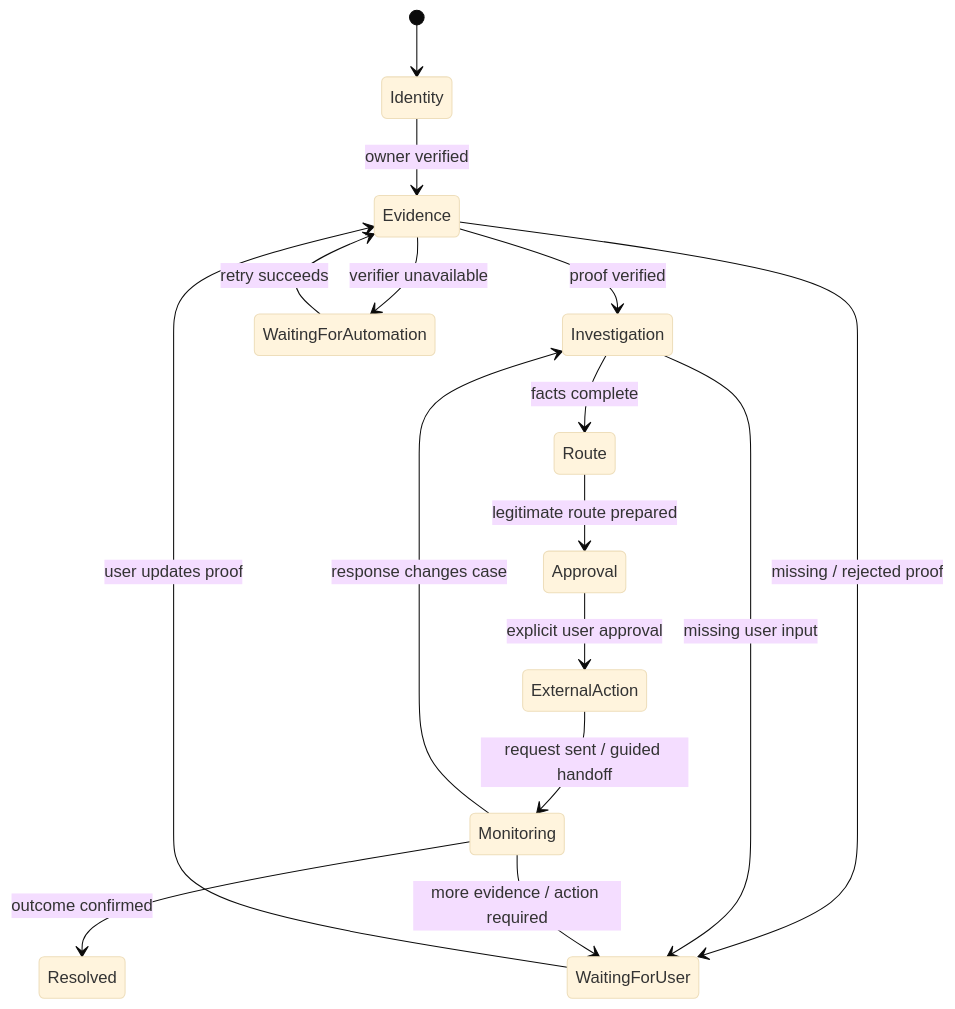
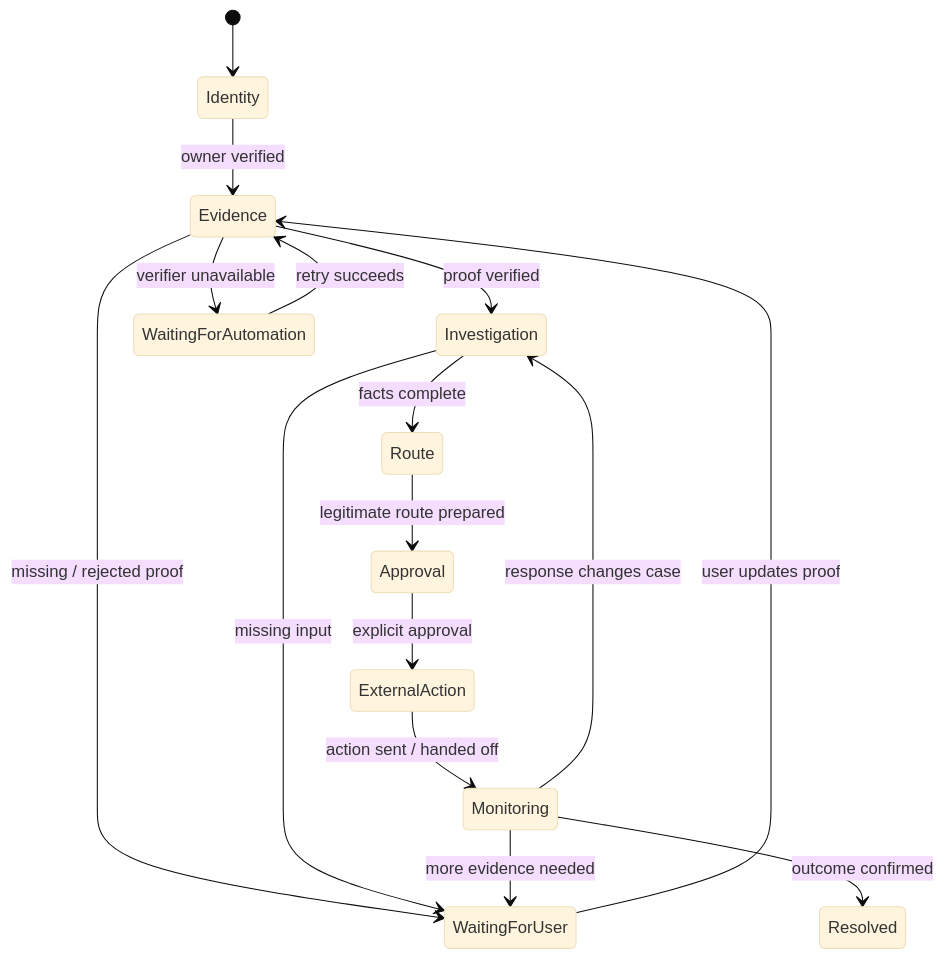
One commit to Prakash-codeMaker/RecoverIT changed the first of 2 diagrams in README.md. Above: the diagram before and after it, drawn with Mermaid (base theme). The commit also changed other lines of this file and 3 other files, not shown here.

````diff
--- a/README.md
+++ b/README.md
@@ -173,18 +164,18 @@
 ```mermaid
 stateDiagram-v2
     [*] --> Identity
     Identity --> Evidence: owner verified
     Evidence --> Investigation: proof verified
     Evidence --> WaitingForUser: missing / rejected proof
     Evidence --> WaitingForAutomation: verifier unavailable
     WaitingForUser --> Evidence: user updates proof
     WaitingForAutomation --> Evidence: retry succeeds
     Investigation --> Route: facts complete
-    Investigation --> WaitingForUser: missing user input
+    Investigation --> WaitingForUser: missing input
     Route --> Approval: legitimate route prepared
-    Approval --> ExternalAction: explicit user approval
-    ExternalAction --> Monitoring: request sent / guided handoff
+    Approval --> ExternalAction: explicit approval
+    ExternalAction --> Monitoring: action sent / handed off
     Monitoring --> Investigation: response changes case
+    Monitoring --> WaitingForUser: more evidence needed
     Monitoring --> Resolved: outcome confirmed
-    Monitoring --> WaitingForUser: more evidence / action required
 ```
````
